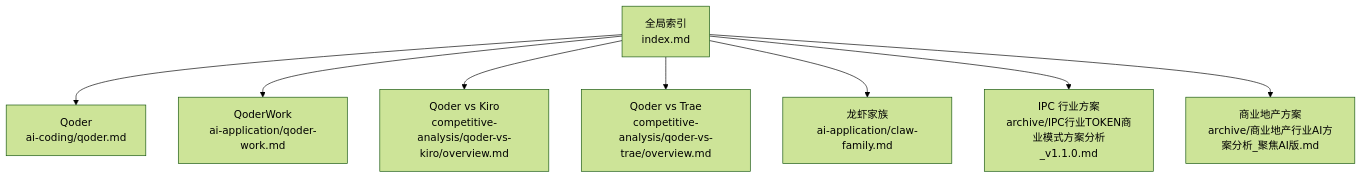
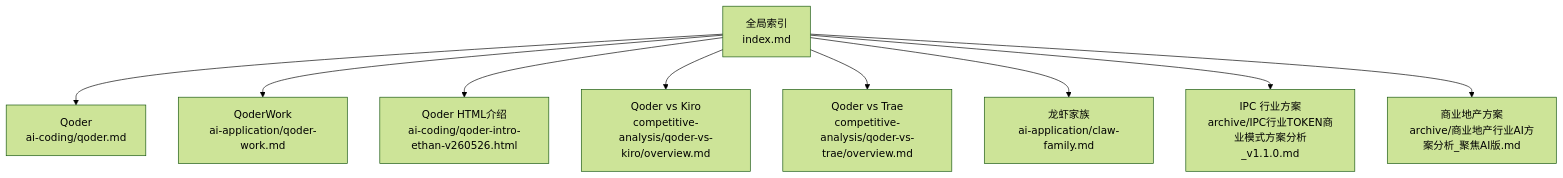
The first of 6 diagrams in .qoder/repowiki/zh/content/知识库组织结构/厂商知识库/阿里云知识库/AI Coding（Qoder）.md (EthanNiWorld/AI-Native-SA-2026), drawn with Mermaid (forest theme) before and after one commit. The commit also changed other lines of this file and 7 other files, not shown here.

````diff
--- a/.qoder/repowiki/zh/content/知识库组织结构/厂商知识库/阿里云知识库/AI Coding（Qoder）.md
+++ b/.qoder/repowiki/zh/content/知识库组织结构/厂商知识库/阿里云知识库/AI Coding（Qoder）.md
@@ -38,10 +50,11 @@
 ```mermaid
 graph TB
 A["全局索引<br/>index.md"] --> B["Qoder<br/>ai-coding/qoder.md"]
 A --> C["QoderWork<br/>ai-application/qoder-work.md"]
-A --> D["Qoder vs Kiro<br/>competitive-analysis/qoder-vs-kiro/overview.md"]
-A --> E["Qoder vs Trae<br/>competitive-analysis/qoder-vs-trae/overview.md"]
-A --> F["龙虾家族<br/>ai-application/claw-family.md"]
-A --> G["IPC 行业方案<br/>archive/IPC行业TOKEN商业模式方案分析_v1.1.0.md"]
-A --> H["商业地产方案<br/>archive/商业地产行业AI方案分析_聚焦AI版.md"]
+A --> D["Qoder HTML介绍<br/>ai-coding/qoder-intro-ethan-v260526.html"]
+A --> E["Qoder vs Kiro<br/>competitive-analysis/qoder-vs-kiro/overview.md"]
+A --> F["Qoder vs Trae<br/>competitive-analysis/qoder-vs-trae/overview.md"]
+A --> G["龙虾家族<br/>ai-application/claw-family.md"]
+A --> H["IPC 行业方案<br/>archive/IPC行业TOKEN商业模式方案分析_v1.1.0.md"]
+A --> I["商业地产方案<br/>archive/商业地产行业AI方案分析_聚焦AI版.md"]
 ```
````
